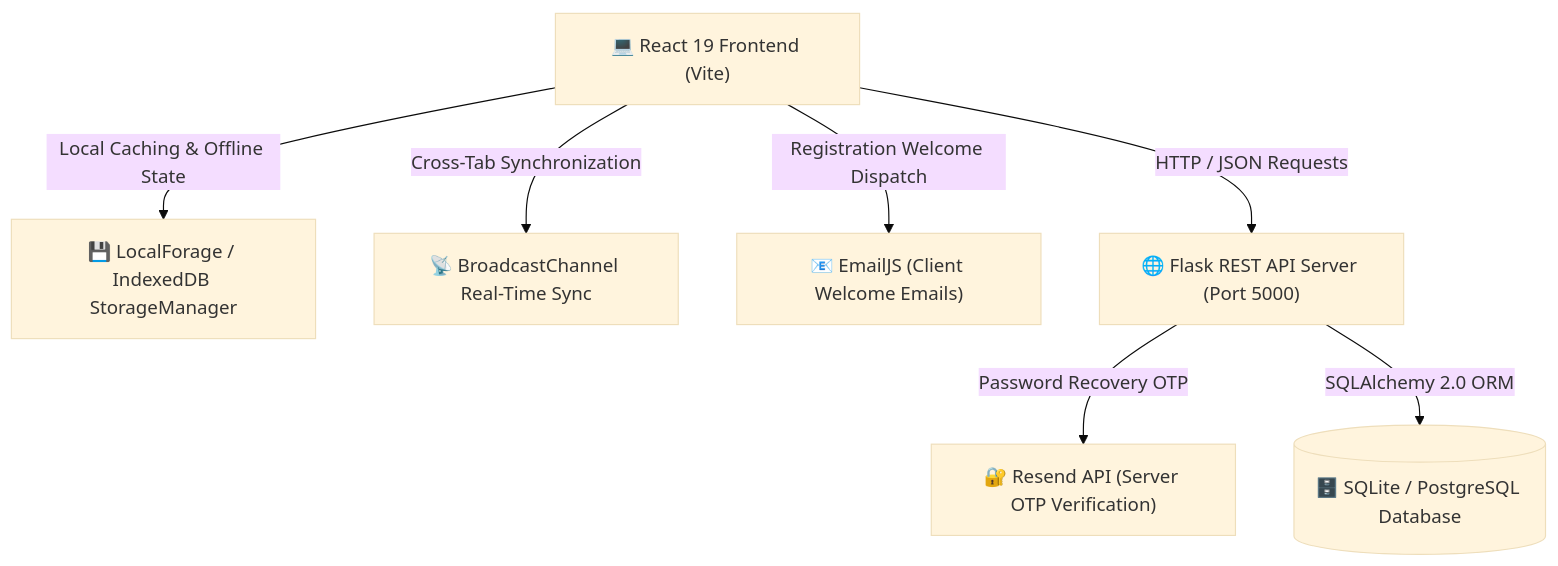
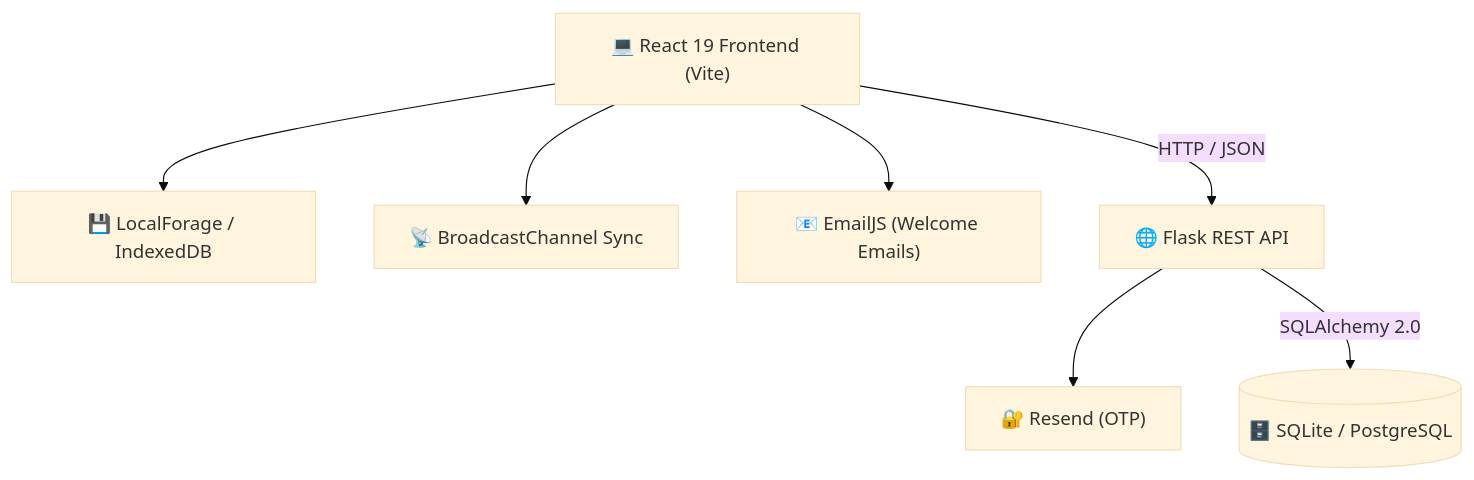
One commit to Jashvanthan/campushub changed the diagram in README.md. Above: the diagram before and after it, drawn with Mermaid (base theme). The commit also changed other lines of this file, not shown here.

````diff
--- a/README.md
+++ b/README.md
@@ -75,17 +105,17 @@
 ```mermaid
 graph TD
     Client["💻 React 19 Frontend (Vite)"]
-    Storage["💾 LocalForage / IndexedDB StorageManager"]
-    Sync["📡 BroadcastChannel Real-Time Sync"]
-    EmailJS["📧 EmailJS (Client Welcome Emails)"]
-    API["🌐 Flask REST API Server (Port 5000)"]
-    Resend["🔐 Resend API (Server OTP Verification)"]
-    DB[("🗄️ SQLite / PostgreSQL Database")]
+    Storage["💾 LocalForage / IndexedDB"]
+    Sync["📡 BroadcastChannel Sync"]
+    EmailJS["📧 EmailJS (Welcome Emails)"]
+    API["🌐 Flask REST API"]
+    Resend["🔐 Resend (OTP)"]
+    DB[("🗄️ SQLite / PostgreSQL")]
 
-    Client -->|Local Caching & Offline State| Storage
-    Client -->|Cross-Tab Synchronization| Sync
-    Client -->|Registration Welcome Dispatch| EmailJS
-    Client -->|HTTP / JSON Requests| API
-    API -->|Password Recovery OTP| Resend
-    API -->|SQLAlchemy 2.0 ORM| DB
+    Client --> Storage
+    Client --> Sync
+    Client --> EmailJS
+    Client -->|HTTP / JSON| API
+    API --> Resend
+    API -->|SQLAlchemy 2.0| DB
 ```
````
